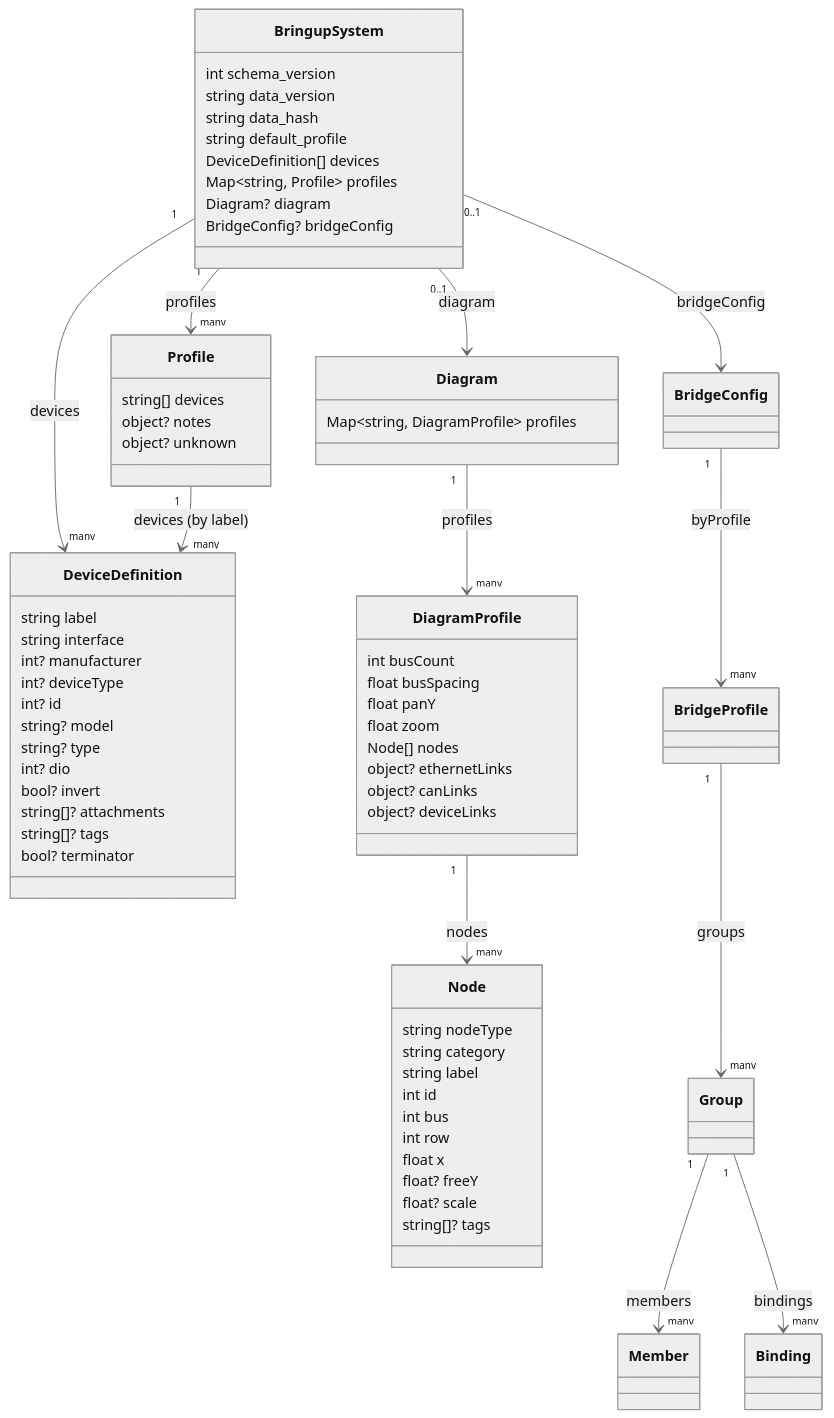
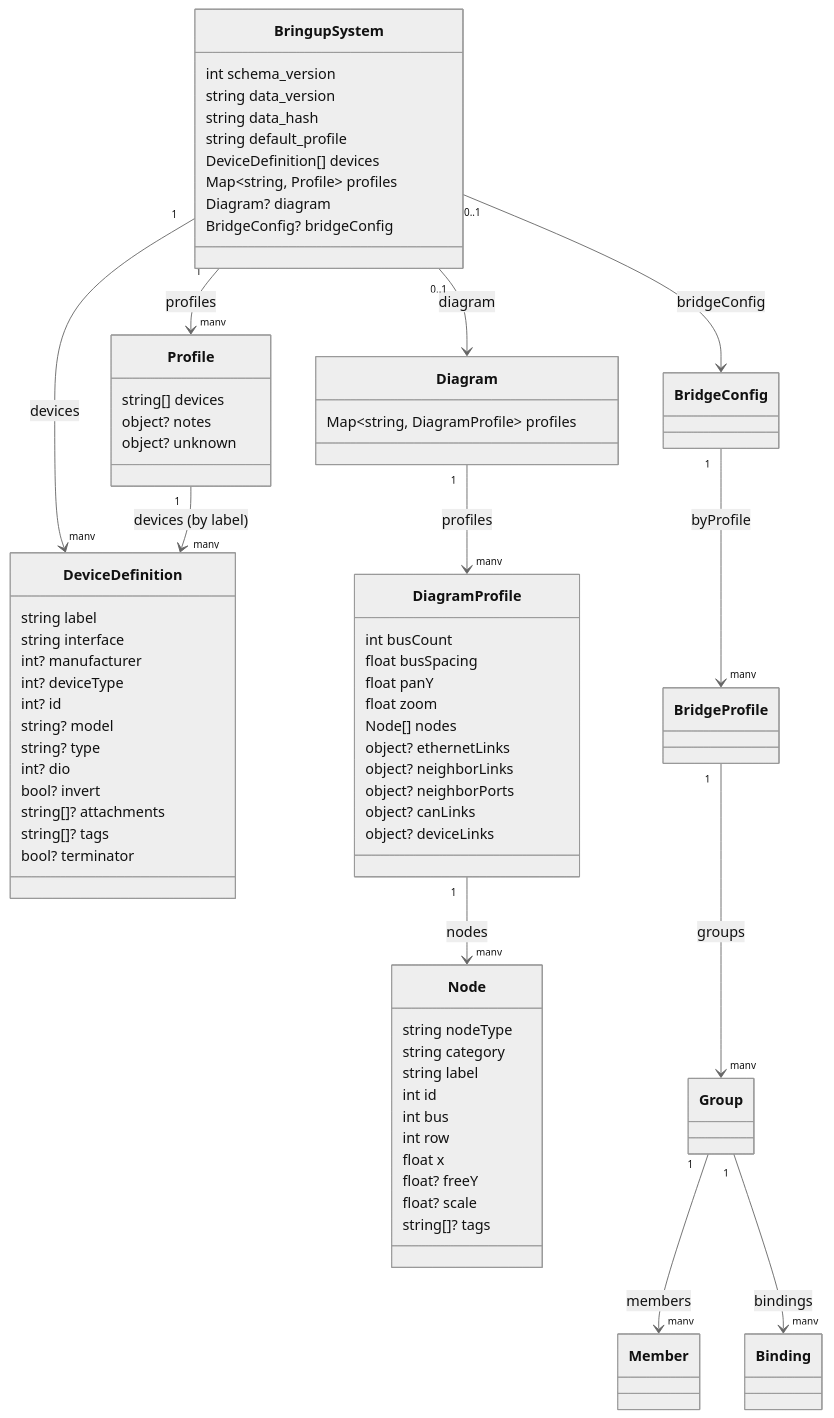
Before and after one commit to dmonachello/swerveBringupMotorTest1: the first of 2 diagrams in docs/bringup_profiles_schema.md, drawn with Mermaid (neutral theme). The commit also changed 27 other files, not shown here.

````diff
--- a/docs/bringup_profiles_schema.md
+++ b/docs/bringup_profiles_schema.md
@@ -5,74 +5,76 @@
 ```mermaid
 classDiagram
     class BringupSystem {
         int schema_version
         string data_version
         string data_hash
         string default_profile
         DeviceDefinition[] devices
         Map~string, Profile~ profiles
         Diagram? diagram
         BridgeConfig? bridgeConfig
     }
 
     class Profile {
         string[] devices
         object? notes
         object? unknown
     }
 
     class DeviceDefinition {
         string label
         string interface
         int? manufacturer
         int? deviceType
         int? id
         string? model
         string? type
         int? dio
         bool? invert
         string[]? attachments
         string[]? tags
         bool? terminator
     }
 
     class Diagram {
         Map~string, DiagramProfile~ profiles
     }
 
     class DiagramProfile {
         int busCount
         float busSpacing
         float panY
         float zoom
         Node[] nodes
         object? ethernetLinks
+        object? neighborLinks
+        object? neighborPorts
         object? canLinks
         object? deviceLinks
     }
 
     class Node {
         string nodeType
         string category
         string label
         int id
         int bus
         int row
         float x
         float? freeY
         float? scale
         string[]? tags
     }
 
     BringupSystem "1" --> "many" Profile : profiles
     BringupSystem "1" --> "many" DeviceDefinition : devices
     Profile "1" --> "many" DeviceDefinition : devices (by label)
     BringupSystem "0..1" --> Diagram : diagram
     Diagram "1" --> "many" DiagramProfile : profiles
     DiagramProfile "1" --> "many" Node : nodes
     BringupSystem "0..1" --> BridgeConfig : bridgeConfig
     BridgeConfig "1" --> "many" BridgeProfile : byProfile
     BridgeProfile "1" --> "many" Group : groups
     Group "1" --> "many" Member : members
     Group "1" --> "many" Binding : bindings
 ```
````
